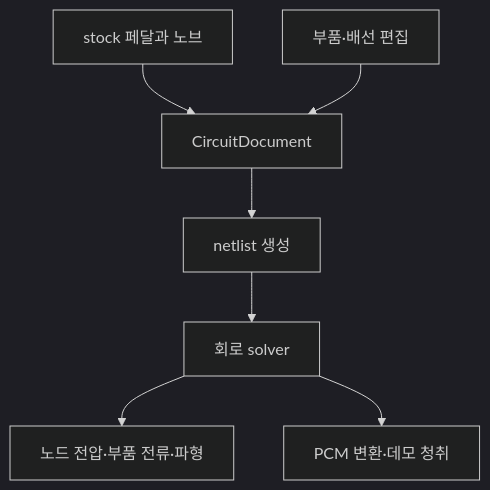
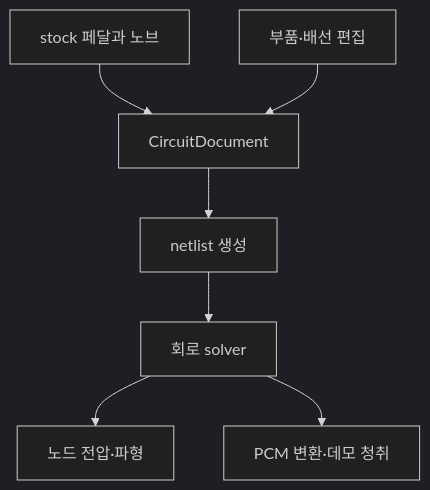
One commit to Ho-01/pedalboard-simulator changed the diagram in docs/04-architecture/overview.md. Above: the diagram before and after it, drawn with Mermaid (dark theme). The commit also changed other lines of this file and 62 other files, not shown here.

````diff
--- a/docs/04-architecture/overview.md
+++ b/docs/04-architecture/overview.md
@@ -21,9 +21,9 @@
 ```mermaid
 flowchart TD
   S["stock 페달과 노브"] --> D["CircuitDocument"]
   E["부품·배선 편집"] --> D
   D --> N["netlist 생성"]
   N --> C["회로 solver"]
-  C --> P["노드 전압·부품 전류·파형"]
+  C --> P["노드 전압·파형"]
   C --> A["PCM 변환·데모 청취"]
 ```
````
